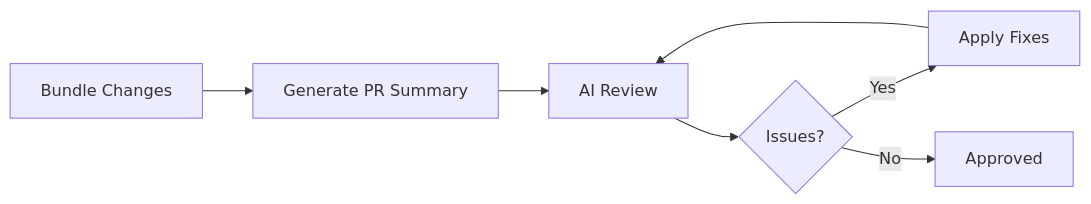
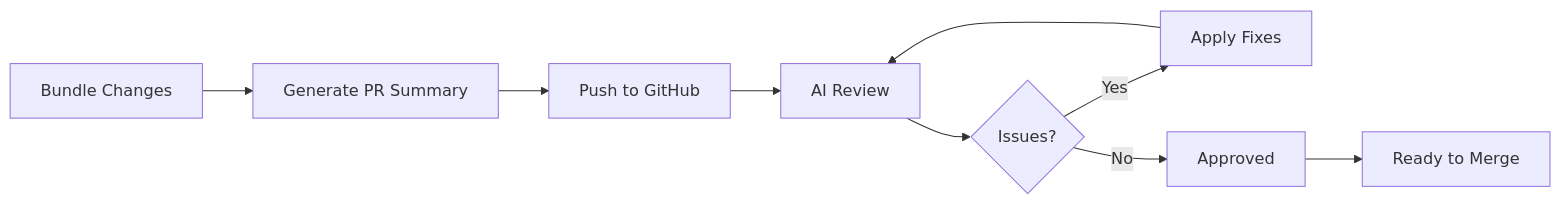
Before and after one commit to hoangtrung1801/claudekit-engineer: the sixth of 12 diagrams in astraler-sdlc/asdf-framework/case-studies/diagrams/mode-transitions.md, drawn with Mermaid. The commit also changed other lines of this file and 20 other files, not shown here.

Commit message:
feat: Introduce `merge`, `config`, `guardian`, and `version` commands, update command flows, agent definitions, and case studies for enhanced Git and pipeline workflows.

````diff
--- a/astraler-sdlc/asdf-framework/case-studies/diagrams/mode-transitions.md
+++ b/astraler-sdlc/asdf-framework/case-studies/diagrams/mode-transitions.md
@@ -136,9 +143,11 @@
 ```mermaid
 flowchart LR
     A[Bundle Changes] --> B[Generate PR Summary]
-    B --> C[AI Review]
-    C --> D{Issues?}
-    D -->|Yes| E[Apply Fixes]
-    D -->|No| F[Approved]
-    E --> C
+    B --> C[Push to GitHub]
+    C --> D[AI Review]
+    D --> E{Issues?}
+    E -->|Yes| F[Apply Fixes]
+    E -->|No| G[Approved]
+    F --> D
+    G --> H[Ready to Merge]
 ```
````
